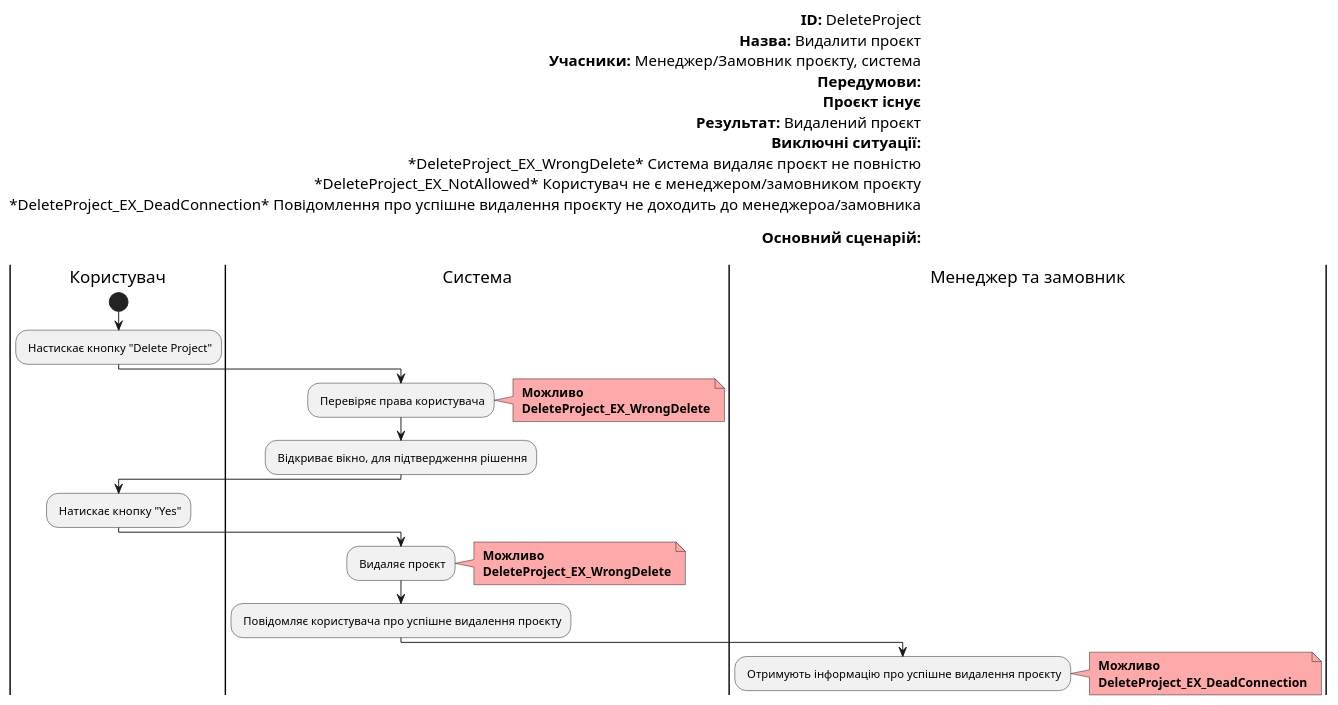
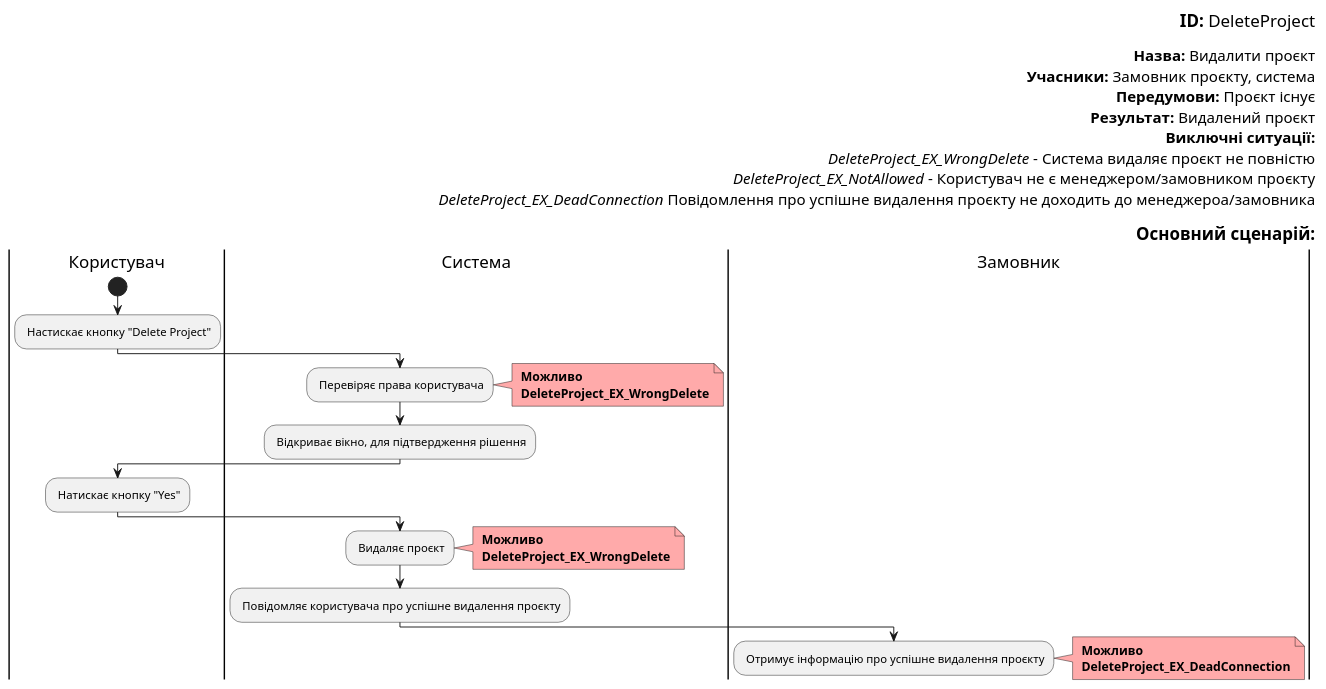
Before and after one commit to boldak/edu-db-cw: diagram 11 of 19 in docs/use cases/README.md, drawn with PlantUML. The commit also changed other lines of this file, not shown here.

```diff
--- a/docs/use cases/README.md
+++ b/docs/use cases/README.md
@@ -591,53 +590,52 @@
 @startuml
 
-    left header        
-        <font color=000 size=16><b>ID:</b> DeleteProject
+    right header        
+        <font color=000 size=18><b>ID:</b> DeleteProject
+
         <font color=000 size=16><b>Назва:</b> Видалити проєкт
-        <font color=000 size=16><b>Учасники:</b> Менеджер/Замовник проєкту, система
-        <font color=000 size=16><b>Передумови:</b> 
-        <font color=000 size=16><b> Проєкт існує
+        <font color=000 size=16><b>Учасники:</b> Замовник проєкту, система
+        <font color=000 size=16><b>Передумови:</b> Проєкт існує
         <font color=000 size=16><b>Результат:</b> Видалений проєкт
         <font color=000 size=16><b>Виключні ситуації:</b>
-        <font color=000 size=16> *DeleteProject_EX_WrongDelete* Система видаляє проєкт не повністю
-        <font color=000 size=16> *DeleteProject_EX_NotAllowed* Користувач не є менеджером/замовником проєкту
-        <font color=000 size=16> *DeleteProject_EX_DeadConnection* Повідомлення про успішне видалення проєкту не доходить до менеджероа/замовника
+        <font color=000 size=16> <i>DeleteProject_EX_WrongDelete</i> - Система видаляє проєкт не повністю
+        <font color=000 size=16> <i>DeleteProject_EX_NotAllowed</i> - Користувач не є менеджером/замовником проєкту
+        <font color=000 size=16> <i>DeleteProject_EX_DeadConnection</i> Повідомлення про успішне видалення проєкту не доходить до менеджероа/замовника
 
-        <font color=000 size=16><b>Основний сценарій:</b>
-        
+        <font color=000 size=18><b>Основний сценарій:</b>
     end header
 
     |Користувач|
         start
         : Настискає кнопку "Delete Project";
         
     |Система|
         : Перевіряє права користувача;
         note right #ffaaaa
         <b> Можливо
         <b> DeleteProject_EX_WrongDelete
         end note
 
     |Система|
         : Відкриває вікно, для підтвердження рішення;
 
     |Користувач|
         : Натискає кнопку "Yes";
         
     |Система|
         : Видаляє проєкт;
         note right #ffaaaa
         <b> Можливо
         <b> DeleteProject_EX_WrongDelete
         end note
 
     |Система|
         : Повідомляє користувача про успішне видалення проєкту;
         
-    |Менеджер та замовник|
-        : Отримують інформацію про успішне видалення проєкту;
+    |Замовник|
+        : Отримує інформацію про успішне видалення проєкту;
                 note right #ffaaaa
         <b> Можливо
         <b> DeleteProject_EX_DeadConnection
         end note
 
 @enduml
```
